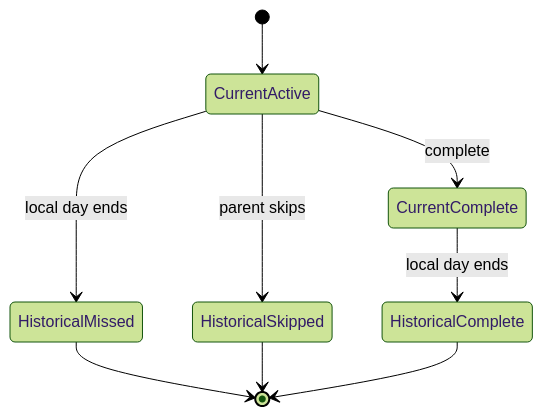
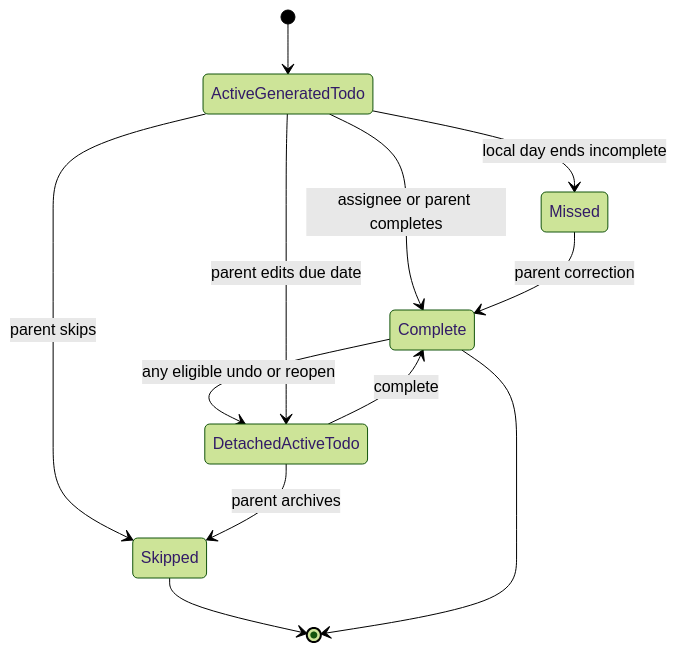
One commit to joew-ai/todone changed the diagram in openspec/changes/add-daily-recurring-rounds/design.md. Above: the diagram before and after it, drawn with Mermaid (forest theme). The commit also changed other lines of this file and 44 other files, not shown here.

````diff
--- a/openspec/changes/add-daily-recurring-rounds/design.md
+++ b/openspec/changes/add-daily-recurring-rounds/design.md
@@ -13,11 +13,14 @@
 ```mermaid
 stateDiagram-v2
-    [*] --> CurrentActive
-    CurrentActive --> CurrentComplete: complete
-    CurrentActive --> HistoricalSkipped: parent skips
-    CurrentActive --> HistoricalMissed: local day ends
-    CurrentComplete --> HistoricalComplete: local day ends
-    HistoricalMissed --> [*]
-    HistoricalSkipped --> [*]
-    HistoricalComplete --> [*]
+    [*] --> ActiveGeneratedTodo
+    ActiveGeneratedTodo --> Complete: assignee or parent completes
+    ActiveGeneratedTodo --> Skipped: parent skips
+    ActiveGeneratedTodo --> Missed: local day ends incomplete
+    Complete --> DetachedActiveTodo: any eligible undo or reopen
+    ActiveGeneratedTodo --> DetachedActiveTodo: parent edits due date
+    Missed --> Complete: parent correction
+    DetachedActiveTodo --> Complete: complete
+    DetachedActiveTodo --> Skipped: parent archives
+    Skipped --> [*]
+    Complete --> [*]
 ```
````
